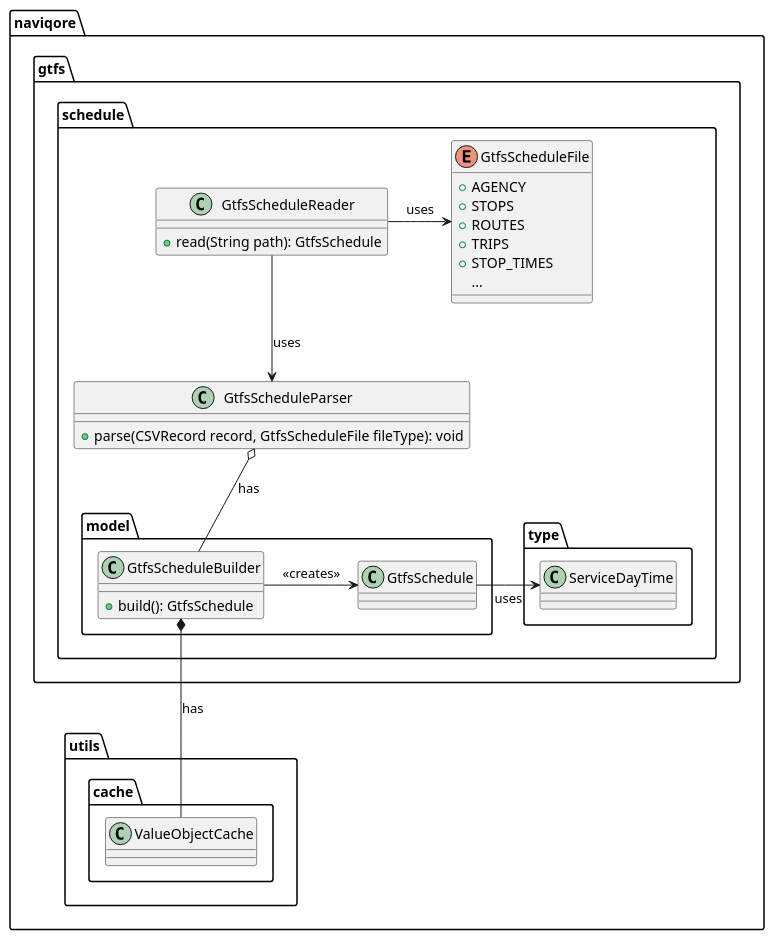
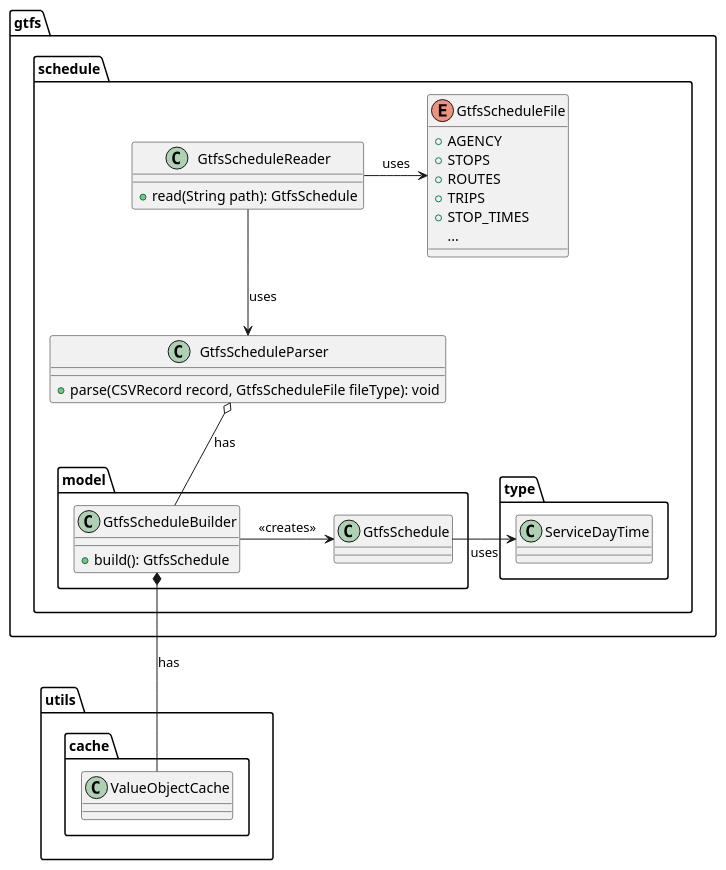
The diagram in Writerside/topics/implementation/gtfs-schedule.md (naviqore/documentation), drawn with PlantUML before and after one commit. The commit also changed other lines of this file, not shown here.

````diff
--- a/Writerside/topics/implementation/gtfs-schedule.md
+++ b/Writerside/topics/implementation/gtfs-schedule.md
@@ -10,45 +10,45 @@
 ```plantuml
 @startuml
-package naviqore.gtfs.schedule {
+package gtfs.schedule {
     class GtfsScheduleReader {
         +read(String path): GtfsSchedule
     }
     class GtfsScheduleParser {
         +parse(CSVRecord record, GtfsScheduleFile fileType): void
     }
     enum GtfsScheduleFile {
         +AGENCY
         +STOPS
         +ROUTES
         +TRIPS
         +STOP_TIMES
         ...
     }
 }
 
-package naviqore.gtfs.schedule.model {
+package gtfs.schedule.model {
     class GtfsSchedule {
     }
     class GtfsScheduleBuilder {
         +build(): GtfsSchedule
     }
 }
 
-package naviqore.gtfs.schedule.type {
+package gtfs.schedule.type {
     class ServiceDayTime
    }
 
-package naviqore.utils.cache {
+package utils.cache {
     class ValueObjectCache
 }
 
 GtfsScheduleReader --> GtfsScheduleParser : uses
 GtfsScheduleReader -> GtfsScheduleFile : uses
 GtfsScheduleParser o-- GtfsScheduleBuilder : has
 GtfsScheduleBuilder -> GtfsSchedule : <<creates>>
 GtfsScheduleBuilder *-- ValueObjectCache : has
 
 GtfsSchedule -> ServiceDayTime: uses
 
 @enduml
 ```
````
